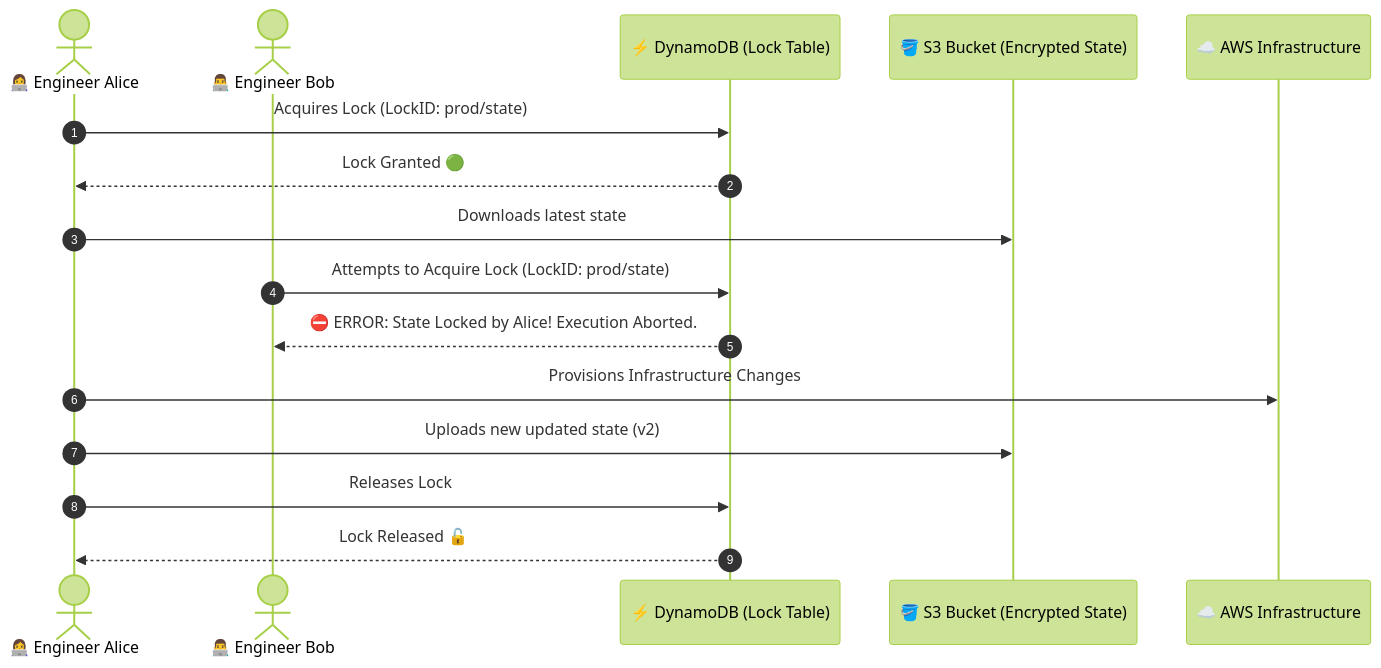
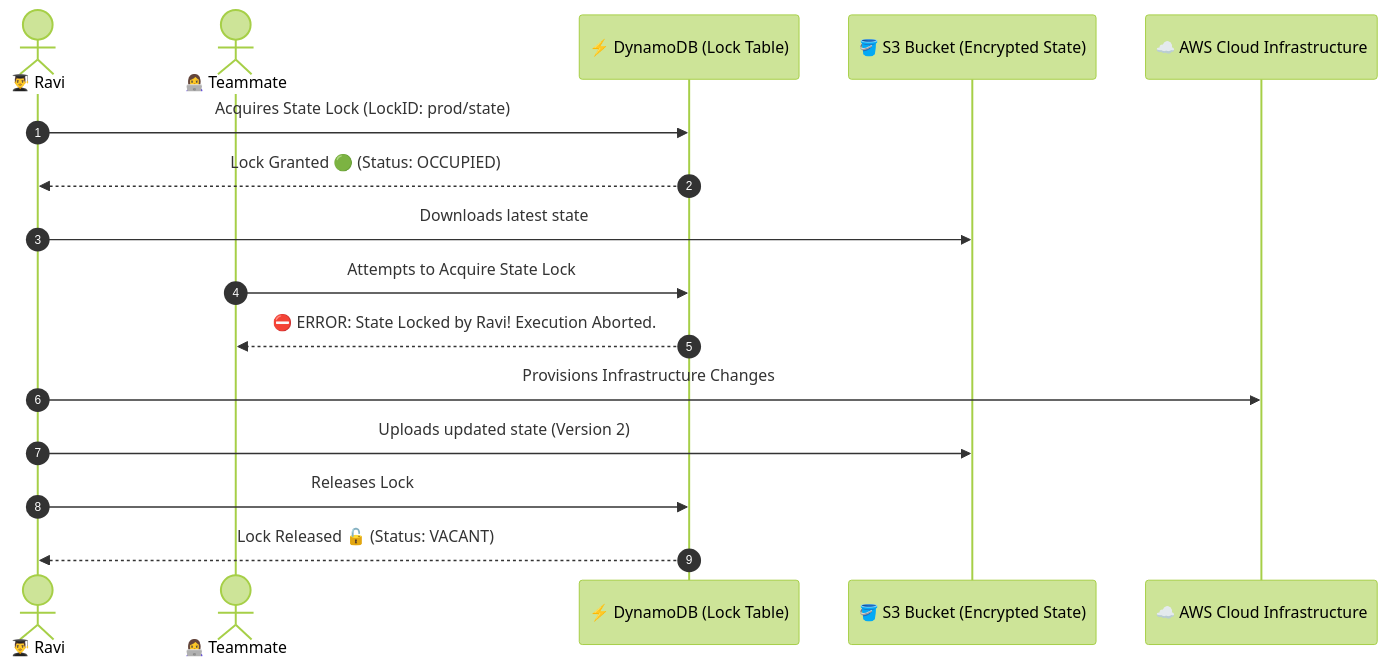
The diagram in 13-remote-state-and-locking/README.md (agravi987/Learning-Terraform-For-DevOps), drawn with Mermaid (forest theme) before and after one commit. The commit also changed other lines of this file and 18 other files, not shown here.

````diff
--- a/13-remote-state-and-locking/README.md
+++ b/13-remote-state-and-locking/README.md
@@ -26,21 +28,21 @@
 ```mermaid
 sequenceDiagram
     autonumber
-    actor Alice as 👩‍💻 Engineer Alice
-    actor Bob as 👨‍💻 Engineer Bob
+    actor Ravi as 👨‍🎓 Ravi
+    actor Teammate as 👩‍💻 Teammate
     participant DDB as ⚡ DynamoDB (Lock Table)
     participant S3 as 🪣 S3 Bucket (Encrypted State)
-    participant AWS as ☁️ AWS Infrastructure
+    participant AWS as ☁️ AWS Cloud Infrastructure
 
-    Alice->>DDB: Acquires Lock (LockID: prod/state)
-    DDB-->>Alice: Lock Granted 🟢
-    Alice->>S3: Downloads latest state
+    Ravi->>DDB: Acquires State Lock (LockID: prod/state)
+    DDB-->>Ravi: Lock Granted 🟢 (Status: OCCUPIED)
+    Ravi->>S3: Downloads latest state
     
-    Bob->>DDB: Attempts to Acquire Lock (LockID: prod/state)
-    DDB-->>Bob: ⛔ ERROR: State Locked by Alice! Execution Aborted.
+    Teammate->>DDB: Attempts to Acquire State Lock
+    DDB-->>Teammate: ⛔ ERROR: State Locked by Ravi! Execution Aborted.
 
-    Alice->>AWS: Provisions Infrastructure Changes
-    Alice->>S3: Uploads new updated state (v2)
-    Alice->>DDB: Releases Lock
-    DDB-->>Alice: Lock Released 🔓
+    Ravi->>AWS: Provisions Infrastructure Changes
+    Ravi->>S3: Uploads updated state (Version 2)
+    Ravi->>DDB: Releases Lock
+    DDB-->>Ravi: Lock Released 🔓 (Status: VACANT)
 ```
````
